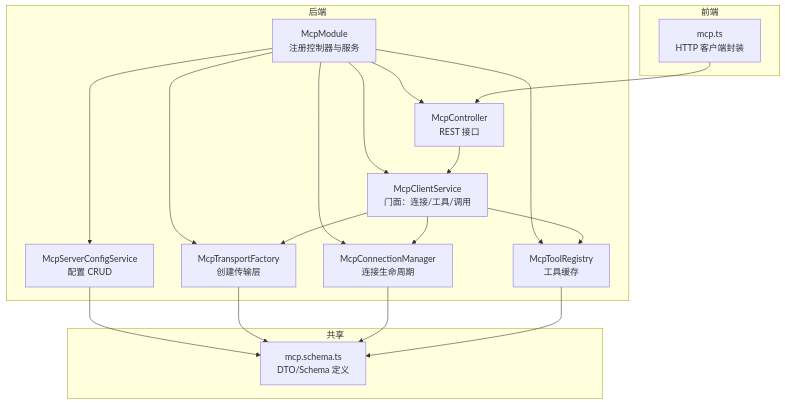
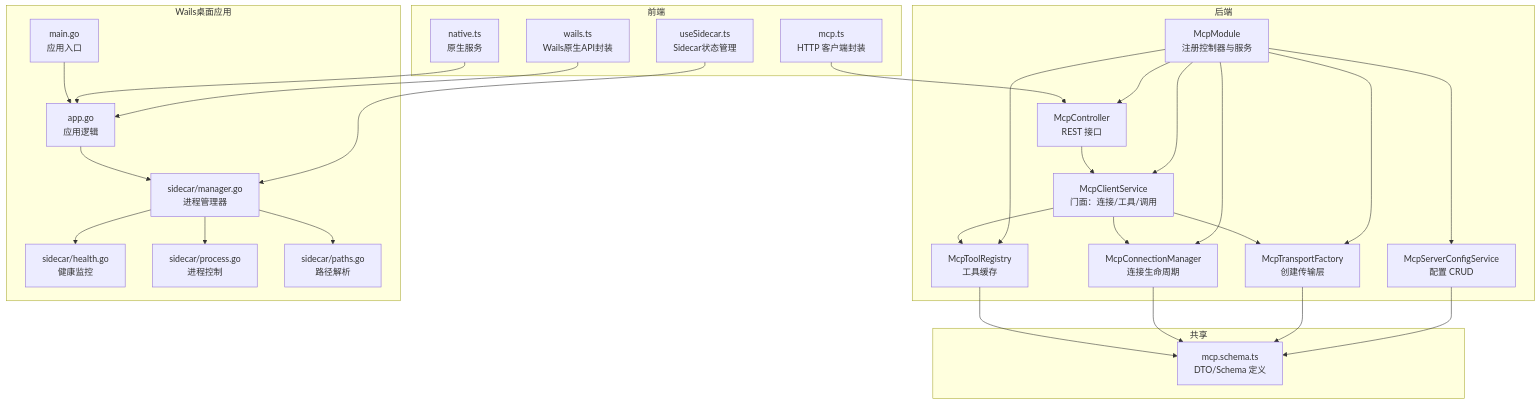
One commit to xixixiaoyu/Todo changed the first of 16 diagrams in .qoder/repowiki/zh/content/核心模块/MCP工具系统/MCP客户端集成.md. Above: the diagram before and after it, drawn with Mermaid. The commit also changed other lines of this file and 5 other files, not shown here.

````diff
--- a/.qoder/repowiki/zh/content/核心模块/MCP工具系统/MCP客户端集成.md
+++ b/.qoder/repowiki/zh/content/核心模块/MCP工具系统/MCP客户端集成.md
@@ -45,33 +65,52 @@
 ```mermaid
 graph TB
 subgraph "后端"
 A["McpModule<br/>注册控制器与服务"]
 B["McpController<br/>REST 接口"]
 C["McpClientService<br/>门面：连接/工具/调用"]
 D["McpServerConfigService<br/>配置 CRUD"]
 E["McpTransportFactory<br/>创建传输层"]
 F["McpConnectionManager<br/>连接生命周期"]
 G["McpToolRegistry<br/>工具缓存"]
 end
 subgraph "共享"
 H["mcp.schema.ts<br/>DTO/Schema 定义"]
 end
 subgraph "前端"
 I["mcp.ts<br/>HTTP 客户端封装"]
+J["wails.ts<br/>Wails原生API封装"]
+K["useSidecar.ts<br/>Sidecar状态管理"]
+L["native.ts<br/>原生服务"]
+end
+subgraph "Wails桌面应用"
+M["main.go<br/>应用入口"]
+N["app.go<br/>应用逻辑"]
+O["sidecar/manager.go<br/>进程管理器"]
+P["sidecar/health.go<br/>健康监控"]
+Q["sidecar/process.go<br/>进程控制"]
+R["sidecar/paths.go<br/>路径解析"]
 end
 A --> B
 A --> C
 A --> D
 A --> E
 A --> F
 A --> G
 B --> C
 C --> E
 C --> F
 C --> G
 D --> H
 E --> H
 F --> H
 G --> H
 I --> B
+J --> N
+K --> O
+L --> N
+M --> N
+N --> O
+O --> P
+O --> Q
+O --> R
 ```
````
